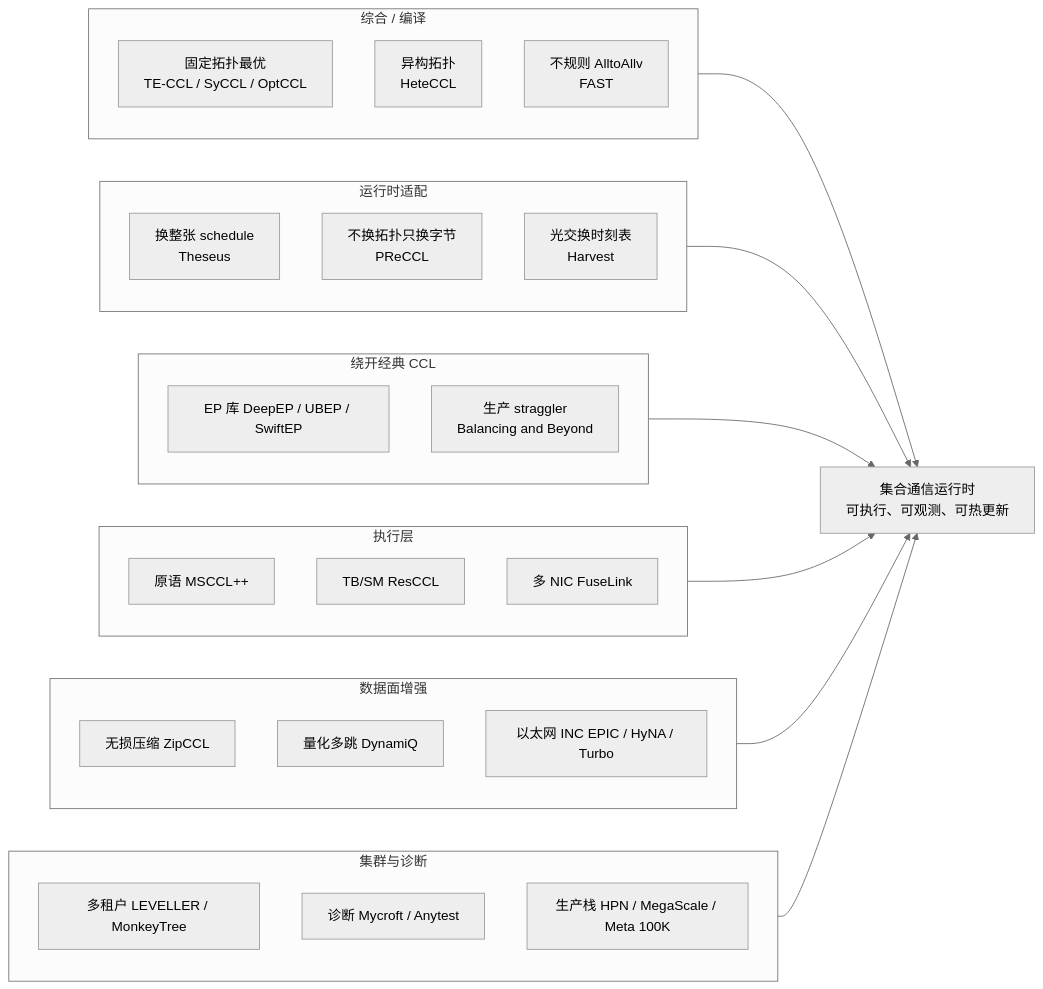
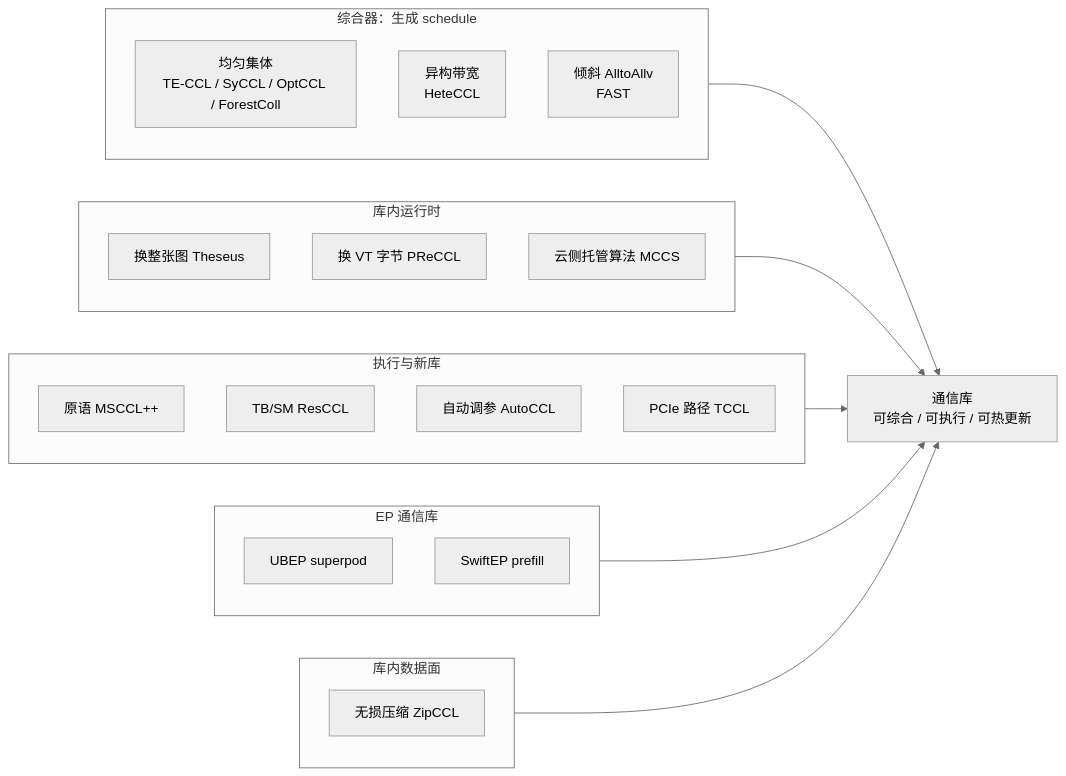
The first of 2 diagrams in docs/集合通信运行时_顶会知识树.md (69515164-rgb/DeepEP), drawn with Mermaid (neutral theme) before and after one commit. The commit also changed other lines of this file, not shown here.

First line of the commit message:
docs: rewrite CCL survey to library-only scope

````diff
--- a/docs/集合通信运行时_顶会知识树.md
+++ b/docs/集合通信运行时_顶会知识树.md
@@ -27,46 +44,38 @@
 ```mermaid
 flowchart LR
-  goal["集合通信运行时<br/>可执行、可观测、可热更新"]
+  goal["通信库<br/>可综合 / 可执行 / 可热更新"]
 
-  subgraph synth ["综合 / 编译"]
-    s1["固定拓扑最优<br/>TE-CCL / SyCCL / OptCCL"]
-    s2["异构拓扑<br/>HeteCCL"]
-    s3["不规则 AlltoAllv<br/>FAST"]
+  subgraph synth ["综合器：生成 schedule"]
+    s1["均匀集体<br/>TE-CCL / SyCCL / OptCCL / ForestColl"]
+    s2["异构带宽<br/>HeteCCL"]
+    s3["倾斜 AlltoAllv<br/>FAST"]
   end
 
-  subgraph runtime ["运行时适配"]
-    r1["换整张 schedule<br/>Theseus"]
-    r2["不换拓扑只换字节<br/>PReCCL"]
-    r3["光交换时刻表<br/>Harvest"]
+  subgraph rt ["库内运行时"]
+    r1["换整张图 Theseus"]
+    r2["换 VT 字节 PReCCL"]
+    r3["云侧托管算法 MCCS"]
   end
 
-  subgraph ep ["绕开经典 CCL"]
-    e1["EP 库 DeepEP / UBEP / SwiftEP"]
-    e2["生产 straggler<br/>Balancing and Beyond"]
+  subgraph exec ["执行与新库"]
+    e1["原语 MSCCL++"]
+    e2["TB/SM ResCCL"]
+    e3["自动调参 AutoCCL"]
+    e4["PCIe 路径 TCCL"]
   end
 
-  subgraph exec ["执行层"]
-    x1["原语 MSCCL++"]
-    x2["TB/SM ResCCL"]
-    x3["多 NIC FuseLink"]
+  subgraph ep ["EP 通信库"]
+    p1["UBEP superpod"]
+    p2["SwiftEP prefill"]
   end
 
-  subgraph plane ["数据面增强"]
-    p1["无损压缩 ZipCCL"]
-    p2["量化多跳 DynamiQ"]
-    p3["以太网 INC EPIC / HyNA / Turbo"]
-  end
-
-  subgraph cluster ["集群与诊断"]
-    c1["多租户 LEVELLER / MonkeyTree"]
-    c2["诊断 Mycroft / Anytest"]
-    c3["生产栈 HPN / MegaScale / Meta 100K"]
+  subgraph data ["库内数据面"]
+    d1["无损压缩 ZipCCL"]
   end
 
   synth --> goal
-  runtime --> goal
+  rt --> goal
+  exec --> goal
   ep --> goal
-  exec --> goal
-  plane --> goal
-  cluster --> goal
+  data --> goal
 ```
````
